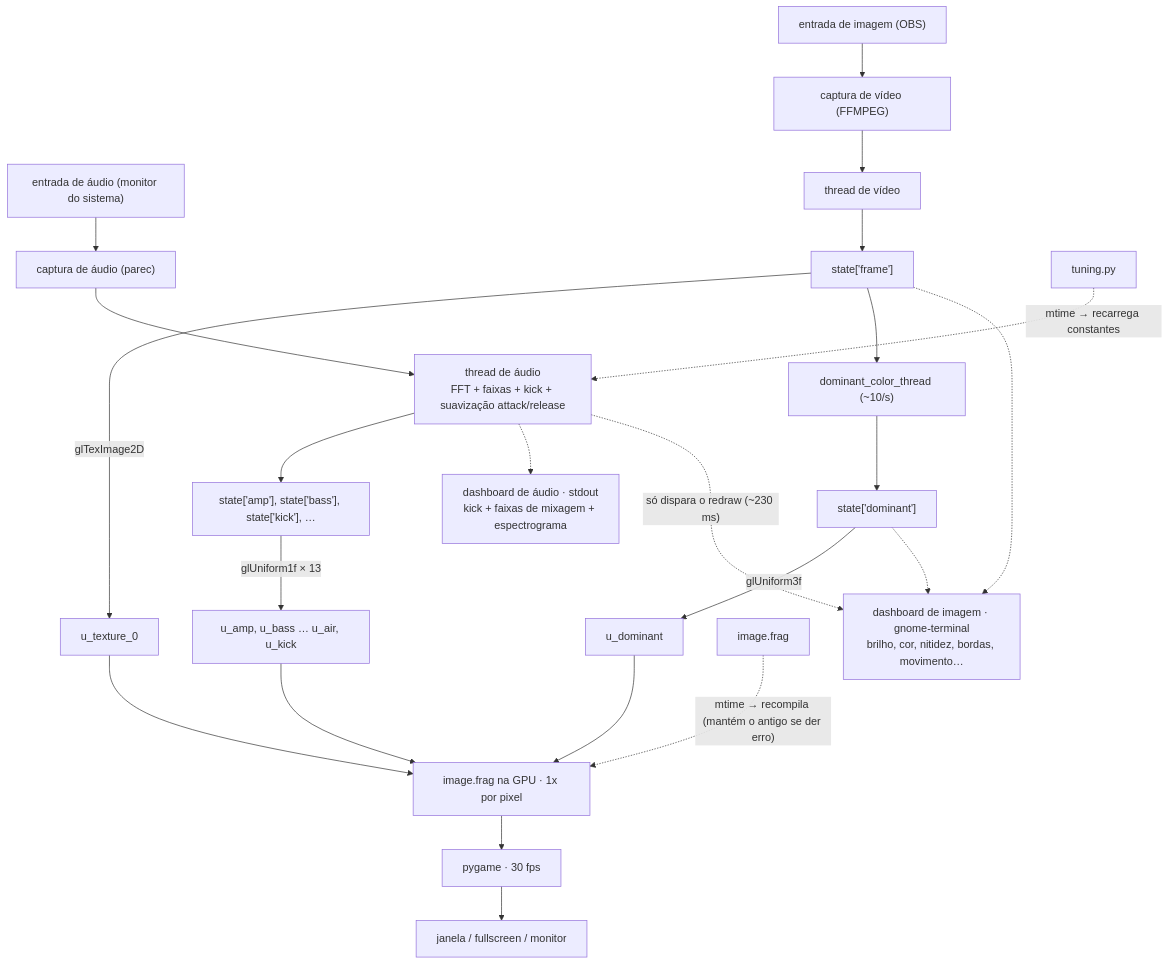
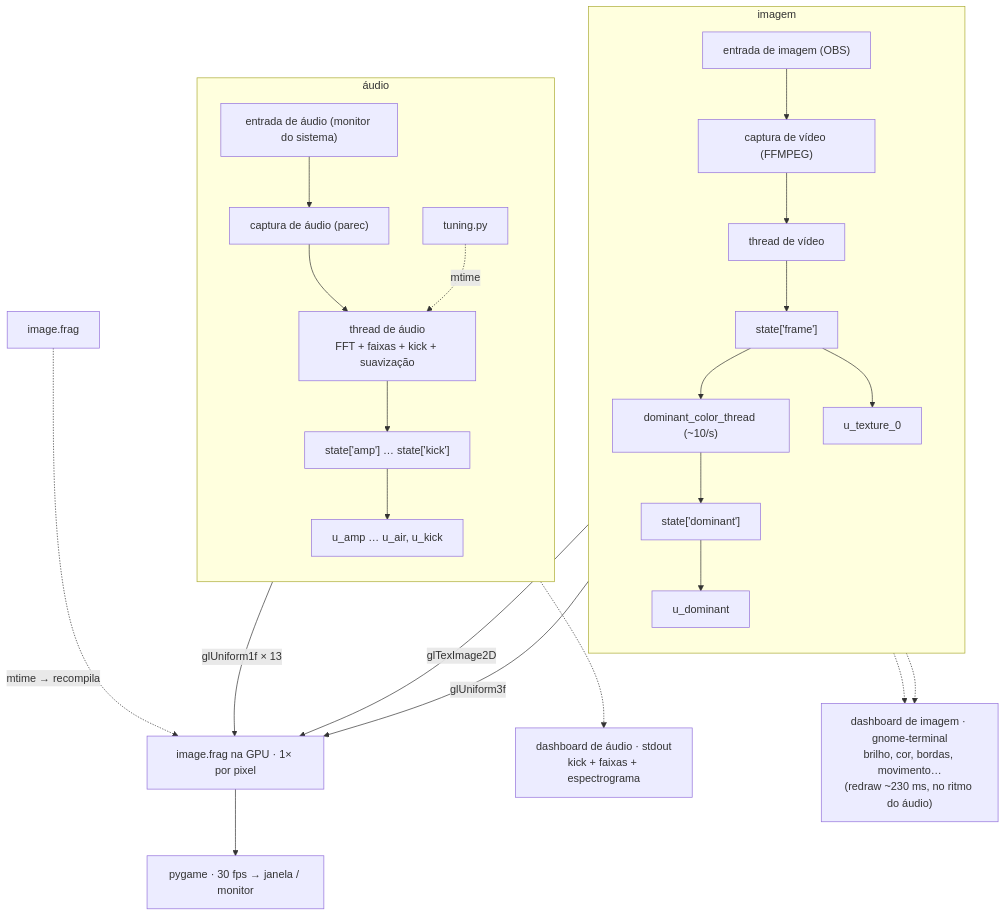
The first of 2 diagrams in README.md (paulocremas/cremas-synth-lab), drawn with Mermaid before and after one commit.

Commit message:
Flow 1: split into image/audio subgraphs, push dead ends to the sides
Groups each pipeline so u_texture_0 sits under the image side and tuning.py
under the audio side; drops the cross-diagram redraw-trigger edge (moved to
the dashboard node label).

````diff
--- a/README.md
+++ b/README.md
@@ -43,32 +43,32 @@
 ```mermaid
 flowchart TD
-    IMG["entrada de imagem (OBS)"]
-    AUD["entrada de áudio (monitor do sistema)"]
+    subgraph IMG_SIDE["imagem"]
+        direction TB
+        IMG["entrada de imagem (OBS)"] --> CAPV["captura de vídeo (FFMPEG)"]
+        CAPV --> VT["thread de vídeo"]
+        VT --> SF["state['frame']"]
+        SF --> DCT["dominant_color_thread (~10/s)"]
+        DCT --> SD["state['dominant']"]
+        SF --> UTEX["u_texture_0"]
+        SD --> UDOM["u_dominant"]
+    end
 
-    IMG --> CAPV["captura de vídeo (FFMPEG)"]
-    CAPV --> VT["thread de vídeo"]
-    VT --> SF["state['frame']"]
-    AUD --> CAPA["captura de áudio (parec)"]
-    CAPA --> AT["thread de áudio<br/>FFT + faixas + kick + suavização attack/release"]
+    subgraph AUD_SIDE["áudio"]
+        direction TB
+        AUD["entrada de áudio (monitor do sistema)"] --> CAPA["captura de áudio (parec)"]
+        CAPA --> AT["thread de áudio<br/>FFT + faixas + kick + suavização"]
+        AT --> SA["state['amp'] … state['kick']"]
+        SA --> UAUD["u_amp … u_air, u_kick"]
+        TUN["tuning.py"] -.->|"mtime"| AT
+    end
 
-    SF -->|"glTexImage2D"| UTEX["u_texture_0"]
-    SF --> DCT["dominant_color_thread (~10/s)"]
-    DCT --> SD["state['dominant']"]
-    SD -->|"glUniform3f"| UDOM["u_dominant"]
-    AT --> SA["state['amp'], state['bass'], state['kick'], …"]
-    SA -->|"glUniform1f × 13"| UAUD["u_amp, u_bass … u_air, u_kick"]
+    UTEX -->|"glTexImage2D"| GPU["image.frag na GPU · 1× por pixel"]
+    UDOM -->|"glUniform3f"| GPU
+    UAUD -->|"glUniform1f × 13"| GPU
+    FRAG["image.frag"] -.->|"mtime → recompila"| GPU
+    GPU --> WIN["pygame · 30 fps → janela / monitor"]
 
-    TUN["tuning.py"] -.->|"mtime → recarrega constantes"| AT
-    FRAG["image.frag"] -.->|"mtime → recompila (mantém o antigo se der erro)"| SHADER
-
-    UTEX --> SHADER["image.frag na GPU · 1x por pixel"]
-    UDOM --> SHADER
-    UAUD --> SHADER
-    SHADER --> PG["pygame · 30 fps"]
-    PG --> WIN["janela / fullscreen / monitor"]
-
-    AT -.-> DASHA["dashboard de áudio · stdout<br/>kick + faixas de mixagem + espectrograma"]
-    SF -.-> DASHI["dashboard de imagem · gnome-terminal<br/>brilho, cor, nitidez, bordas, movimento…"]
-    SD -.-> DASHI
-    AT -.->|"só dispara o redraw (~230 ms)"| DASHI
+    AT -.-> DASH_A["dashboard de áudio · stdout<br/>kick + faixas + espectrograma"]
+    SF -.-> DASH_I["dashboard de imagem · gnome-terminal<br/>brilho, cor, bordas, movimento…<br/>(redraw ~230 ms, no ritmo do áudio)"]
+    SD -.-> DASH_I
 ```
````
